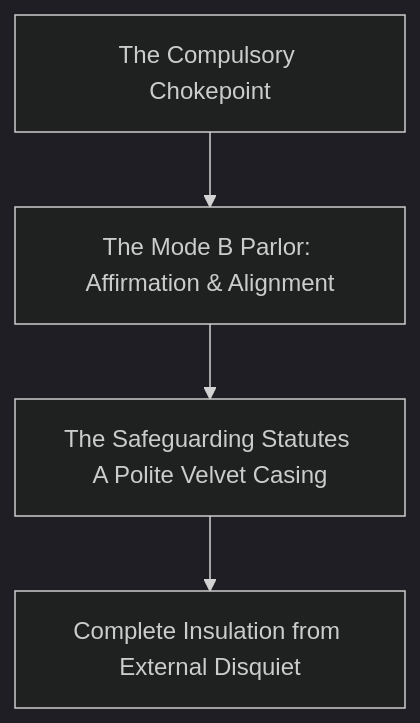
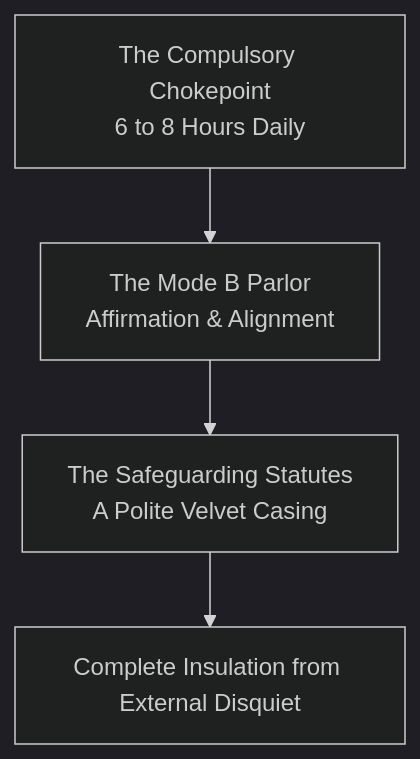
The diagram in papers/law-and-miseducation.md (maldfrey/whitepapers), drawn with Mermaid (dark theme) before and after one commit. The commit also changed other lines of this file, not shown here.

````diff
--- a/papers/law-and-miseducation.md
+++ b/papers/law-and-miseducation.md
@@ -34,7 +33,6 @@
 ```mermaid
 graph TD
-             A[The Compulsory Chokepoint]
-         --> B[The Mode B Parlor: Affirmation & Alignment]  
-         --> C[The Safeguarding Statutes A Polite Velvet Casing]  
-         --> D[Complete Insulation from External Disquiet]
+    A[The Compulsory Chokepoint<br>6 to 8 Hours Daily] --> B[The Mode B Parlor<br>Affirmation & Alignment]
+    B --> C[The Safeguarding Statutes<br>A Polite Velvet Casing]
+    C --> D[Complete Insulation from External Disquiet]
 ```
````
